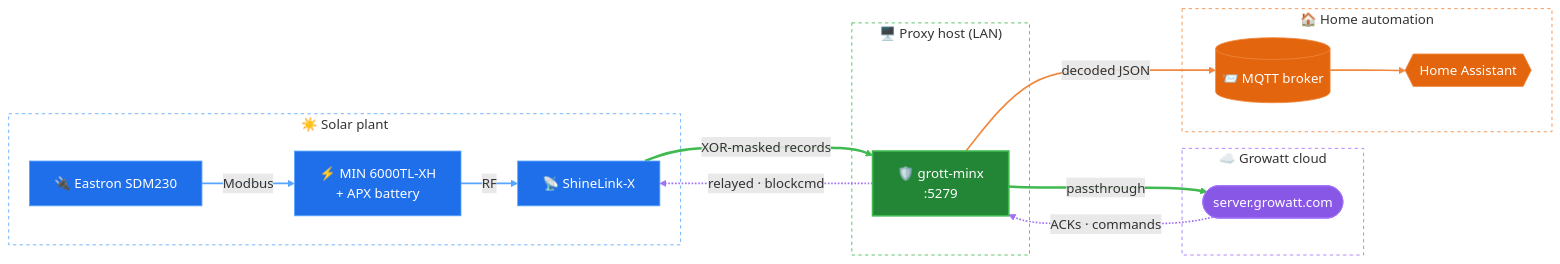
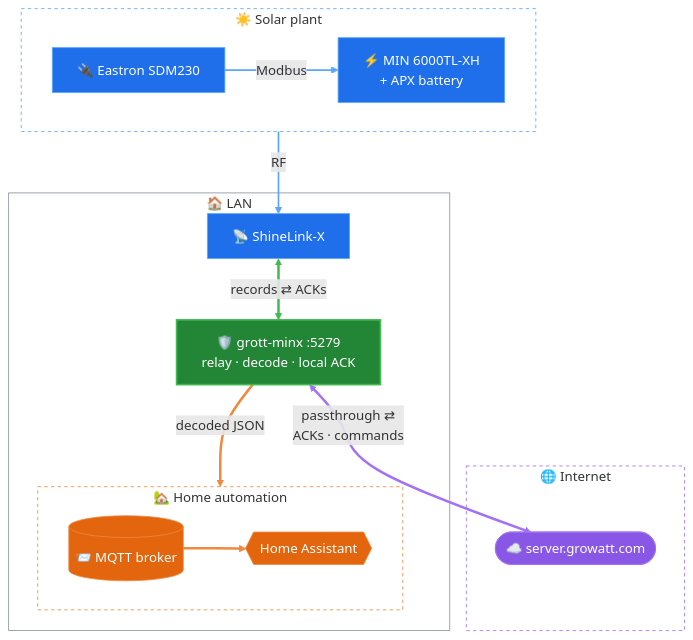
The first of 2 diagrams in README.md (dberrocal-git/grott-minx), drawn with Mermaid before and after one commit. The commit also changed other lines of this file, not shown here.

Commit message:
README: diagrams sized for GitHub; add session setup and timesync
Verified with GitHub's own renderer (mermaid 11.17.2 with the viewer's
config: securityLevel antiscript, diagramPadding 48), light and dark.
Subgraph direction and multi-line edge labels, dropped earlier as a
workaround, render correctly there now.

- Architecture flowchart goes top-to-bottom: ~900 px wide instead of
  ~1900 px, which GitHub shrank to under half size in the README column.
  Paired one-way edges (datalogger/proxy/cloud cycles) become single
  bidirectional edges, so the layout no longer flips between mermaid
  versions. A LAN box holds the ShineLink-X (on the router; only the RF
  stick sits on the inverter), the proxy and home automation; the cloud
  stays outside, under Internet.
- Sequence diagram covers the whole session: announce with the offline
  fallback option, timesync injection with its withheld response, the
  live-data loop (MQTT publish shared by both branches) and blockcmd.
- accTitle/accDescr on both diagrams; linkStyle indices noted in a
  comment so adding an edge does not silently shift the colors.

````diff
--- a/README.md
+++ b/README.md
@@ -23,47 +23,50 @@
 ```mermaid
-flowchart LR
+flowchart TB
+    accTitle: grott-minx architecture
+    accDescr: The inverter reaches the ShineLink-X over RF. On the local network the proxy relays the datalogger traffic to the Growatt cloud and publishes decoded data to MQTT and Home Assistant.
+
     subgraph plant["☀️ Solar plant"]
+        direction LR
         SM["🔌 Eastron SDM230"]
         INV["⚡ MIN 6000TL-XH<br/>+ APX battery"]
-        DL["📡 ShineLink-X"]
         SM -- "Modbus" --> INV
-        INV -- "RF" --> DL
     end
 
-    subgraph host["🖥️ Proxy host (LAN)"]
-        P["🛡️ grott-minx<br/>:5279"]
+    subgraph lan["🏠 LAN"]
+        DL["📡 ShineLink-X"]
+        P["🛡️ grott-minx :5279<br/>relay · decode · local ACK"]
+        subgraph home["🏡 Home automation"]
+            direction LR
+            M[("📨 MQTT broker")]
+            HA{{"Home Assistant"}}
+            M --> HA
+        end
     end
 
-    subgraph cloud["☁️ Growatt cloud"]
-        G(["server.growatt.com"])
+    subgraph internet["🌐 Internet"]
+        G(["☁️ server.growatt.com"])
     end
 
-    subgraph home["🏠 Home automation"]
-        M[("📨 MQTT broker")]
-        HA{{"Home Assistant"}}
-        M --> HA
-    end
-
-    DL ==>|"XOR-masked records"| P
-    P ==>|"passthrough"| G
-    G -.->|"ACKs · commands"| P
-    P -.->|"relayed · blockcmd"| DL
-    P ==>|"decoded JSON"| M
+    plant -- "RF" --> DL
+    DL <==>|"records ⇄ ACKs"| P
+    P ==>|"decoded JSON"| home
+    P <==>|"passthrough ⇄<br/>ACKs · commands"| G
 
     classDef device fill:#1f6feb,stroke:#58a6ff,color:#fff,stroke-width:1px
     classDef proxy fill:#238636,stroke:#3fb950,color:#fff,stroke-width:2px
     classDef cloudn fill:#8957e5,stroke:#a371f7,color:#fff
     classDef homen fill:#e3650d,stroke:#f0883e,color:#fff
     class INV,SM,DL device
     class P proxy
     class G cloudn
     class M,HA homen
     style plant fill:transparent,stroke:#58a6ff,stroke-dasharray:4 4
-    style host fill:transparent,stroke:#3fb950,stroke-dasharray:4 4
-    style cloud fill:transparent,stroke:#a371f7,stroke-dasharray:4 4
+    style lan fill:transparent,stroke:#8b949e
     style home fill:transparent,stroke:#f0883e,stroke-dasharray:4 4
-    linkStyle 0,1 stroke:#58a6ff,stroke-width:2px
-    linkStyle 3,4 stroke:#3fb950,stroke-width:3px
-    linkStyle 5,6 stroke:#a371f7,stroke-width:2px
-    linkStyle 2,7 stroke:#f0883e,stroke-width:2px
+    style internet fill:transparent,stroke:#a371f7,stroke-dasharray:4 4
+    %% Link order: 0 SM-INV, 1 M-HA, 2 plant-DL, 3 DL-P, 4 P-home, 5 P-G
+    linkStyle 0,2 stroke:#58a6ff,stroke-width:2px
+    linkStyle 3 stroke:#3fb950,stroke-width:3px
+    linkStyle 1,4 stroke:#f0883e,stroke-width:3px
+    linkStyle 5 stroke:#a371f7,stroke-width:3px
 ```
````
